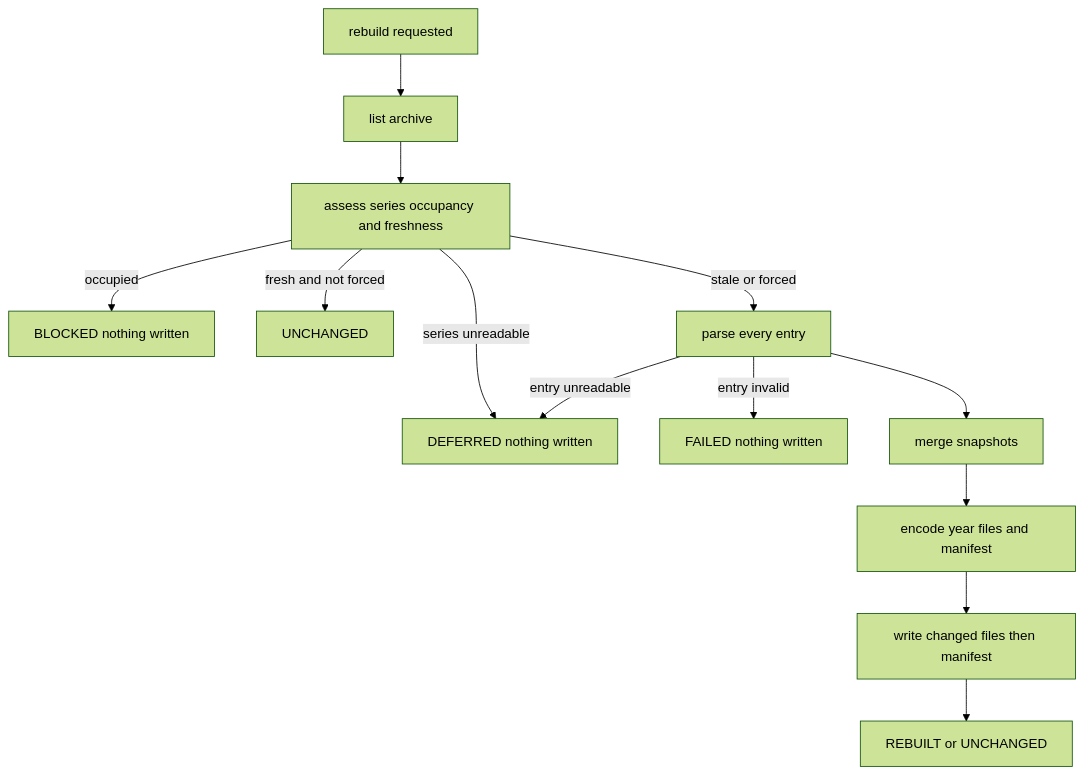
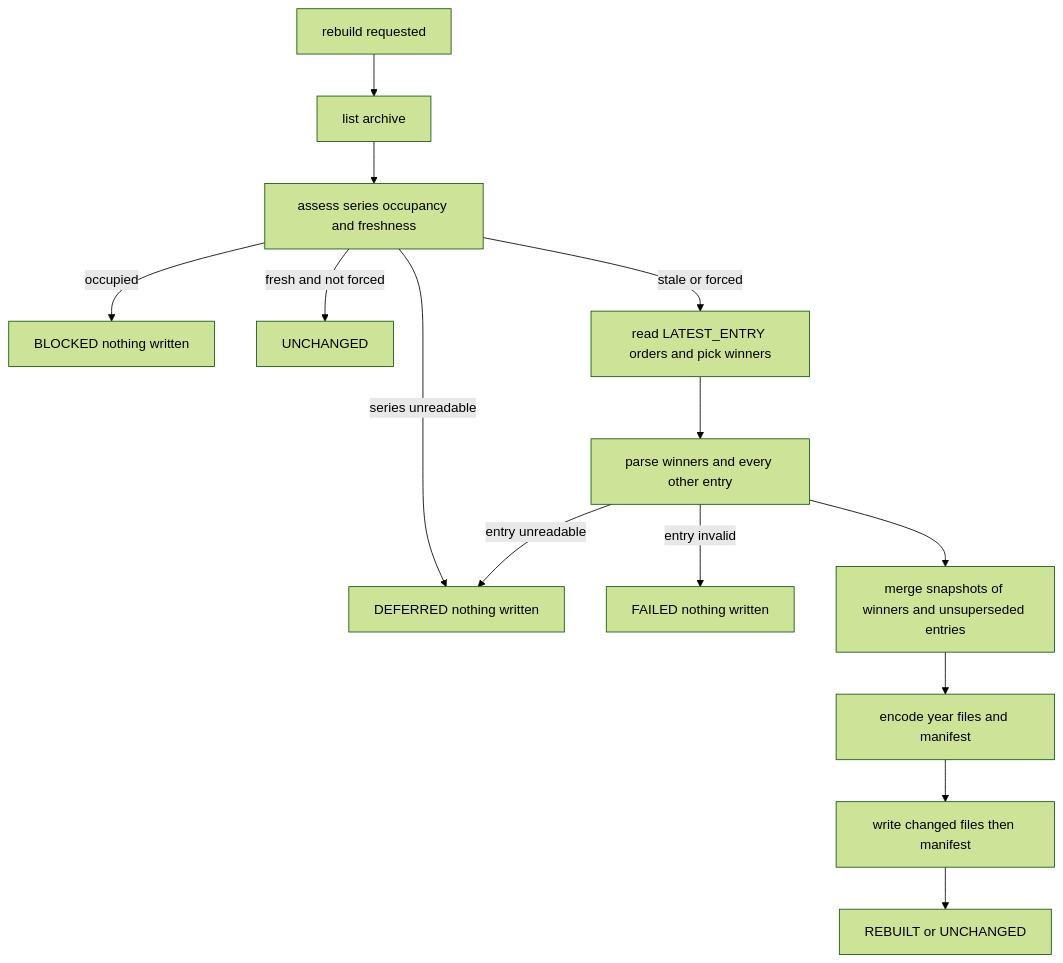
The third of 3 diagrams in .kiro/specs/wellness-store/design.md (joshua-stauffer/fitdocs), drawn with Mermaid (forest theme) before and after one commit. The commit also changed other lines of this file and 4 other files, not shown here.

````diff
--- a/.kiro/specs/wellness-store/design.md
+++ b/.kiro/specs/wellness-store/design.md
@@ -311,15 +319,16 @@
 ```mermaid
 flowchart TD
     Start[rebuild requested] --> List[list archive]
     List --> Assess[assess series occupancy and freshness]
     Assess -->|occupied| Blocked[BLOCKED nothing written]
     Assess -->|series unreadable| Deferred[DEFERRED nothing written]
     Assess -->|fresh and not forced| Unchanged[UNCHANGED]
-    Assess -->|stale or forced| Parse[parse every entry]
+    Assess -->|stale or forced| Order[read LATEST_ENTRY orders and pick winners]
+    Order --> Parse[parse winners and every other entry]
     Parse -->|entry unreadable| Deferred
     Parse -->|entry invalid| Failed[FAILED nothing written]
-    Parse --> Merge[merge snapshots]
+    Parse --> Merge[merge snapshots of winners and unsuperseded entries]
     Merge --> Encode[encode year files and manifest]
     Encode --> Write[write changed files then manifest]
     Write --> Rebuilt[REBUILT or UNCHANGED]
 ```
````
